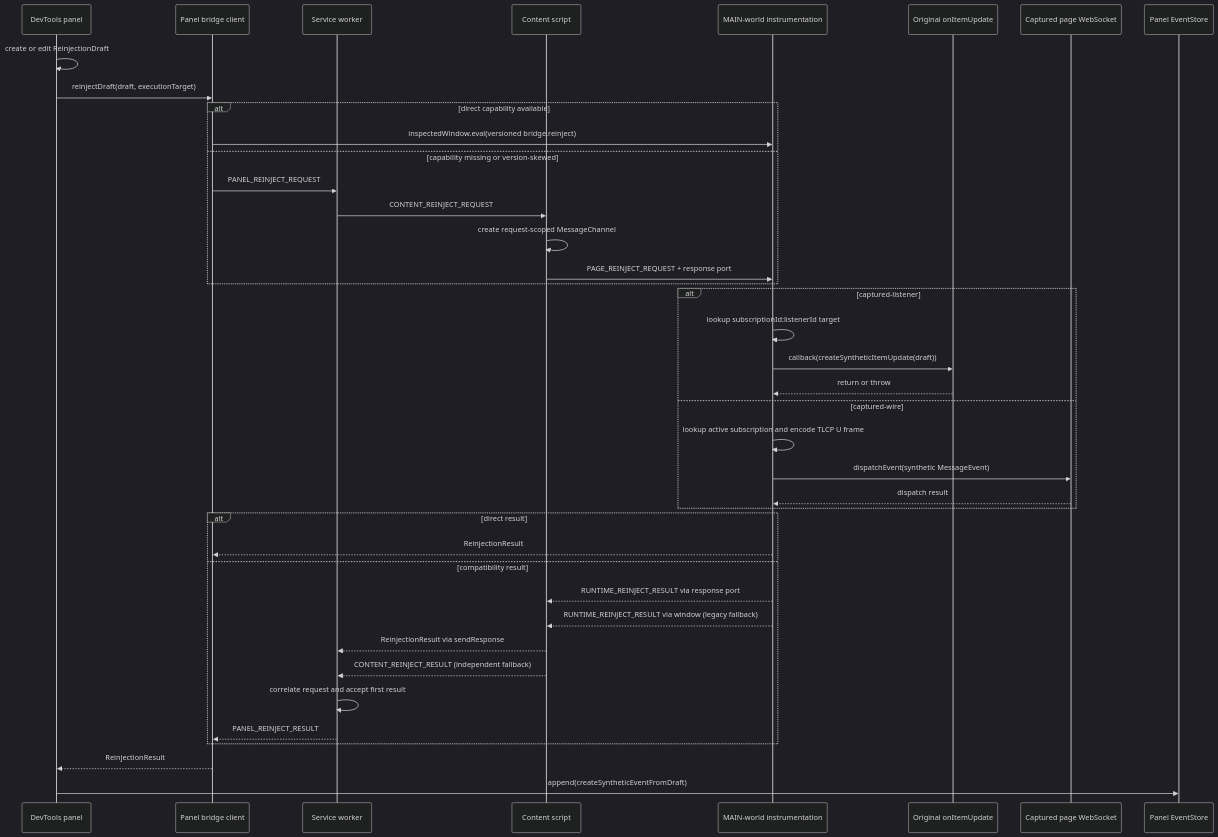
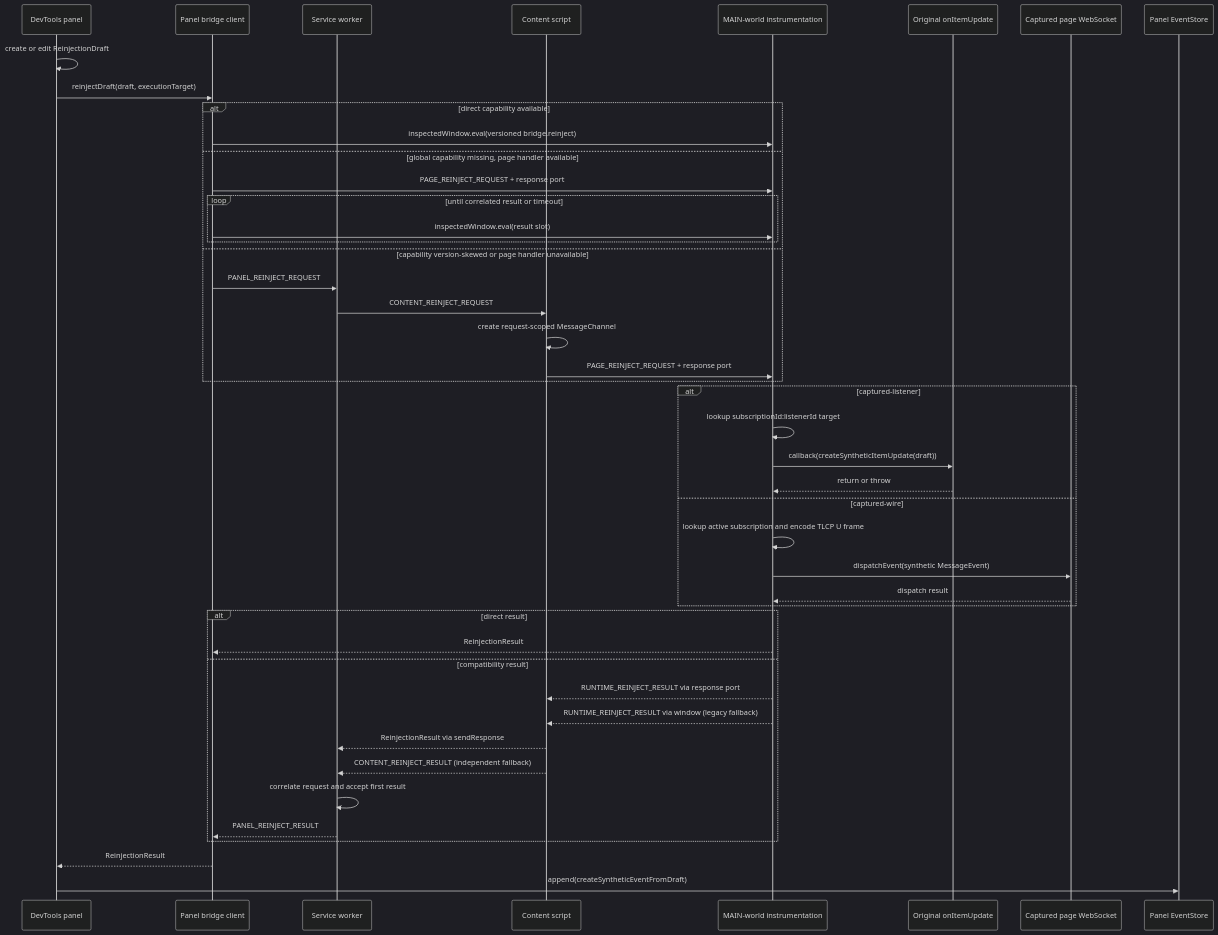
One commit to imom39a/lightstreamer-workbench-extension changed the seventh of 8 diagrams in docs/ARCHITECTURE.md. Above: the diagram before and after it, drawn with Mermaid (dark theme). The commit also changed other lines of this file and 2 other files, not shown here.

````diff
--- a/docs/ARCHITECTURE.md
+++ b/docs/ARCHITECTURE.md
@@ -653,43 +653,48 @@
 ```mermaid
 sequenceDiagram
   participant UI as DevTools panel
   participant PBC as Panel bridge client
   participant BG as Service worker
   participant CS as Content script
   participant Inj as MAIN-world instrumentation
   participant Listener as Original onItemUpdate
   participant WS as Captured page WebSocket
   participant Store as Panel EventStore
 
   UI->>UI: create or edit ReinjectionDraft
   UI->>PBC: reinjectDraft(draft, executionTarget)
   alt direct capability available
     PBC->>Inj: inspectedWindow.eval(versioned bridge.reinject)
-  else capability missing or version-skewed
+  else global capability missing, page handler available
+    PBC->>Inj: PAGE_REINJECT_REQUEST + response port
+    loop until correlated result or timeout
+      PBC->>Inj: inspectedWindow.eval(result slot)
+    end
+  else capability version-skewed or page handler unavailable
     PBC->>BG: PANEL_REINJECT_REQUEST
     BG->>CS: CONTENT_REINJECT_REQUEST
     CS->>CS: create request-scoped MessageChannel
     CS->>Inj: PAGE_REINJECT_REQUEST + response port
   end
   alt captured-listener
     Inj->>Inj: lookup subscriptionId:listenerId target
     Inj->>Listener: callback(createSyntheticItemUpdate(draft))
     Listener-->>Inj: return or throw
   else captured-wire
     Inj->>Inj: lookup active subscription and encode TLCP U frame
     Inj->>WS: dispatchEvent(synthetic MessageEvent)
     WS-->>Inj: dispatch result
   end
   alt direct result
     Inj-->>PBC: ReinjectionResult
   else compatibility result
     Inj-->>CS: RUNTIME_REINJECT_RESULT via response port
     Inj-->>CS: RUNTIME_REINJECT_RESULT via window (legacy fallback)
     CS-->>BG: ReinjectionResult via sendResponse
     CS-->>BG: CONTENT_REINJECT_RESULT (independent fallback)
     BG->>BG: correlate request and accept first result
     BG-->>PBC: PANEL_REINJECT_RESULT
   end
   PBC-->>UI: ReinjectionResult
   UI->>Store: append(createSyntheticEventFromDraft)
 ```
````
